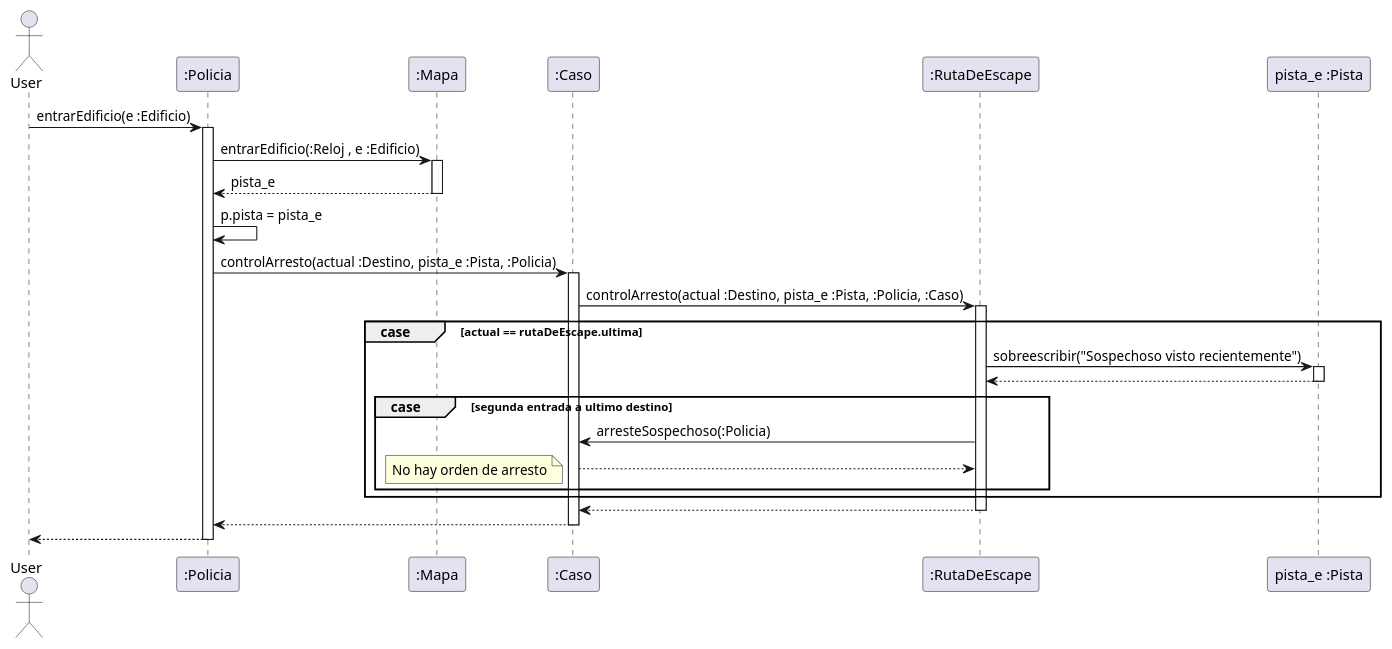
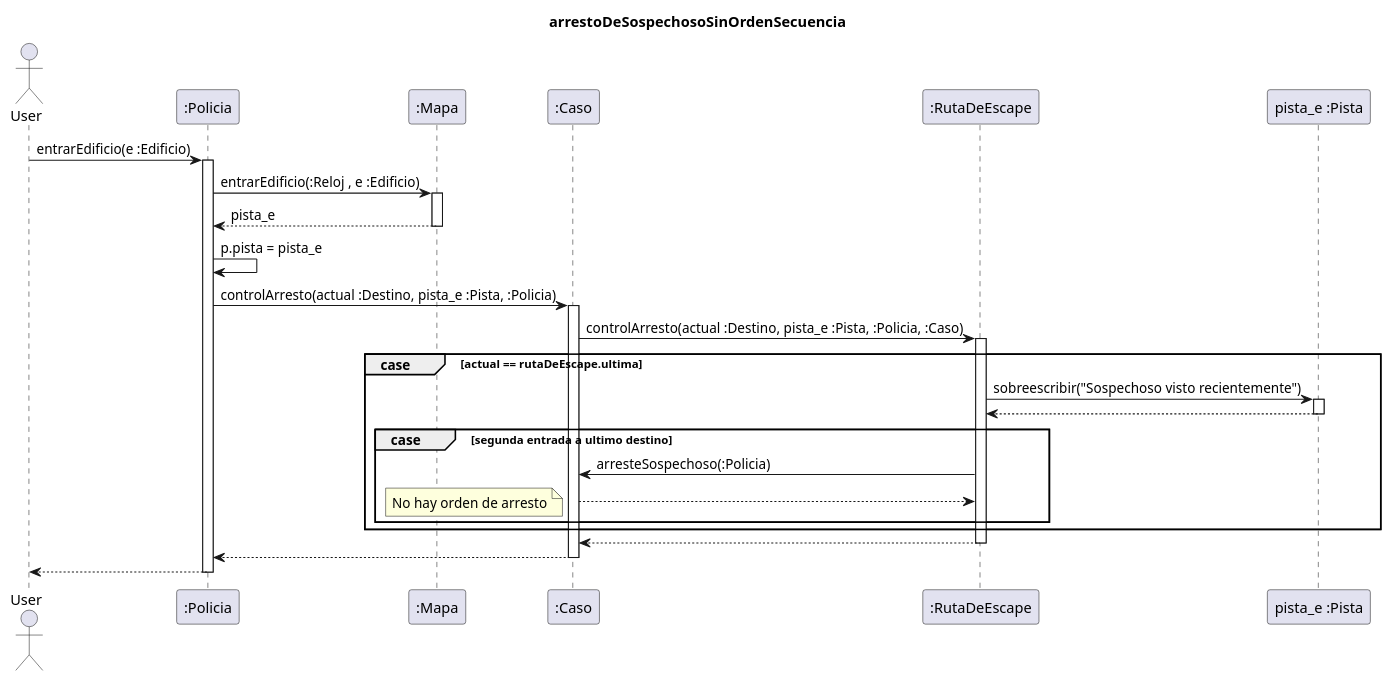
Before and after one commit to Nicolas-Bravo/algo3_tp2: the diagram in diagrams/sequences/arrestoDeSospechosoSInOrdenSecuencia.plantuml, drawn with PlantUML. The commit also changed 3 other files, not shown here.

Commit message:
diagramas arresto

```diff
--- a/diagrams/sequences/arrestoDeSospechosoSInOrdenSecuencia.plantuml
+++ b/diagrams/sequences/arrestoDeSospechosoSInOrdenSecuencia.plantuml
@@ -1,50 +1,52 @@
 @startuml
+
+title arrestoDeSospechosoSinOrdenSecuencia
 
 Actor User
 User -> ":Policia" : entrarEdificio(e :Edificio)
 Activate ":Policia"
 
 ":Policia" -> ":Mapa" : entrarEdificio(:Reloj , e :Edificio)
 activate ":Mapa"
 
 ":Mapa" --> ":Policia" : pista_e
 deactivate ":Mapa"
 
 ":Policia" -> ":Policia": p.pista = pista_e
 
 ":Policia" -> ":Caso" : controlArresto(actual :Destino, pista_e :Pista, :Policia)
 activate ":Caso"
 
 ":Caso" -> ":RutaDeEscape" : controlArresto(actual :Destino, pista_e :Pista, :Policia, :Caso)
 activate ":RutaDeEscape"
 
 group case [actual == rutaDeEscape.ultima]
 
     ":RutaDeEscape" -> "pista_e :Pista": sobreescribir("Sospechoso visto recientemente")
     activate "pista_e :Pista"
 
     "pista_e :Pista" --> ":RutaDeEscape"
     deactivate "pista_e :Pista"
 
     group case [segunda entrada a ultimo destino]
 
         ":RutaDeEscape" -> ":Caso" : arresteSospechoso(:Policia)
 
 
         ":Caso" --> ":RutaDeEscape"
         note left: No hay orden de arresto
 
     end
 
 end
 
 ":RutaDeEscape" --> ":Caso"
 deactivate ":RutaDeEscape"
 
 ":Caso" --> ":Policia"
 deactivate ":Caso"
 
 ":Policia" --> User
 deactivate ":Policia"
 
 @enduml
```
